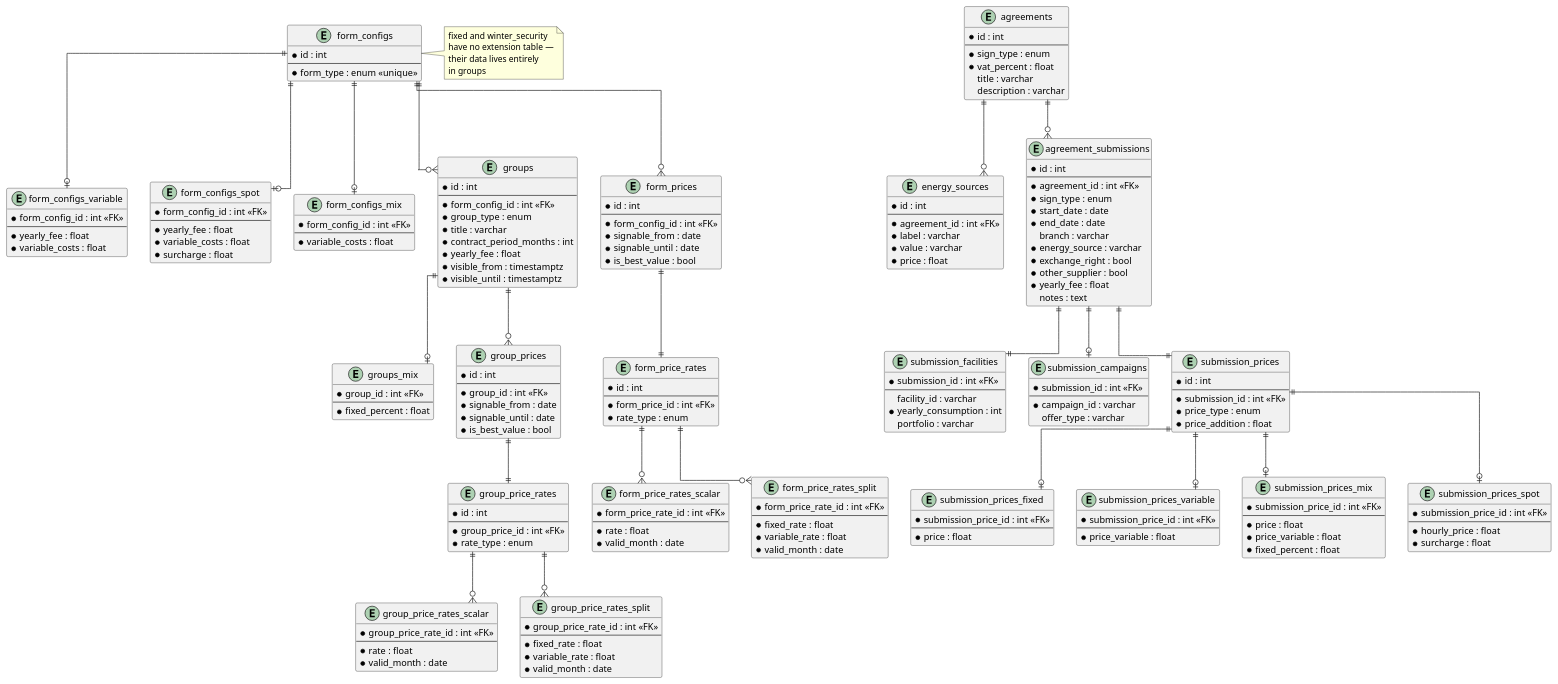
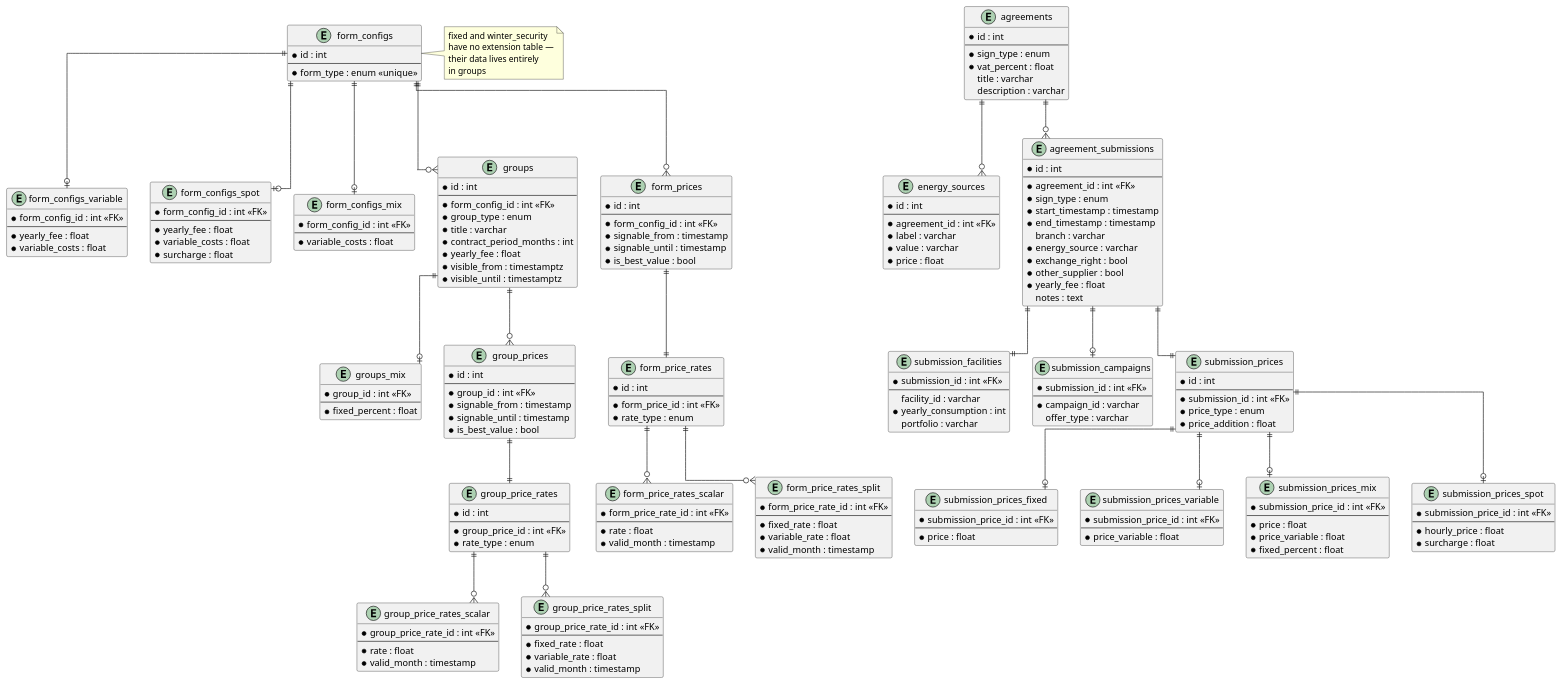
The diagram in architecture/database/diagram.puml (linusfri/glimr), drawn with PlantUML before and after one commit.

Commit message:
Updated diagram to stay in sync with actual schema

```diff
--- a/architecture/database/diagram.puml
+++ b/architecture/database/diagram.puml
@@ -105,8 +105,8 @@
   * id : int
   --
   * form_config_id : int <<FK>>  /' variable|spot '/
-  * signable_from : date
-  * signable_until : date
+  * signable_from : timestamp
+  * signable_until : timestamp
   * is_best_value : bool
 }
 
@@ -114,8 +114,8 @@
   * id : int
   --
   * group_id : int <<FK>>  /' fixed|mix|winter_security '/
-  * signable_from : date
-  * signable_until : date
+  * signable_from : timestamp
+  * signable_until : timestamp
   * is_best_value : bool
 }
 
@@ -144,7 +144,7 @@
   * form_price_rate_id : int <<FK>>
   --
   * rate : float
-  * valid_month : date
+  * valid_month : timestamp
 }
 
 entity form_price_rates_split {
@@ -152,14 +152,14 @@
   --
   * fixed_rate : float
   * variable_rate : float
-  * valid_month : date
+  * valid_month : timestamp
 }
 
 entity group_price_rates_scalar {
   * group_price_rate_id : int <<FK>>
   --
   * rate : float
-  * valid_month : date
+  * valid_month : timestamp
 }
 
 entity group_price_rates_split {
@@ -167,7 +167,7 @@
   --
   * fixed_rate : float
   * variable_rate : float
-  * valid_month : date
+  * valid_month : timestamp
 }
 
 form_prices ||--|| form_price_rates
@@ -186,8 +186,8 @@
   --
   * agreement_id : int <<FK>>
   * sign_type : enum /'new|resign|move|assigned_price|company'/
-  * start_date : date
-  * end_date : date
+  * start_timestamp : timestamp
+  * end_timestamp : timestamp
   branch : varchar
   * energy_source : varchar
   * exchange_right : bool
```
